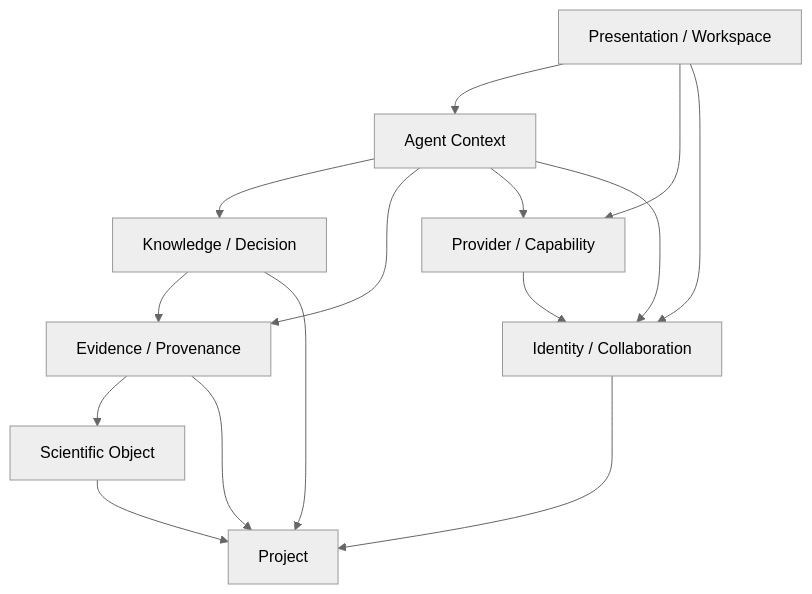
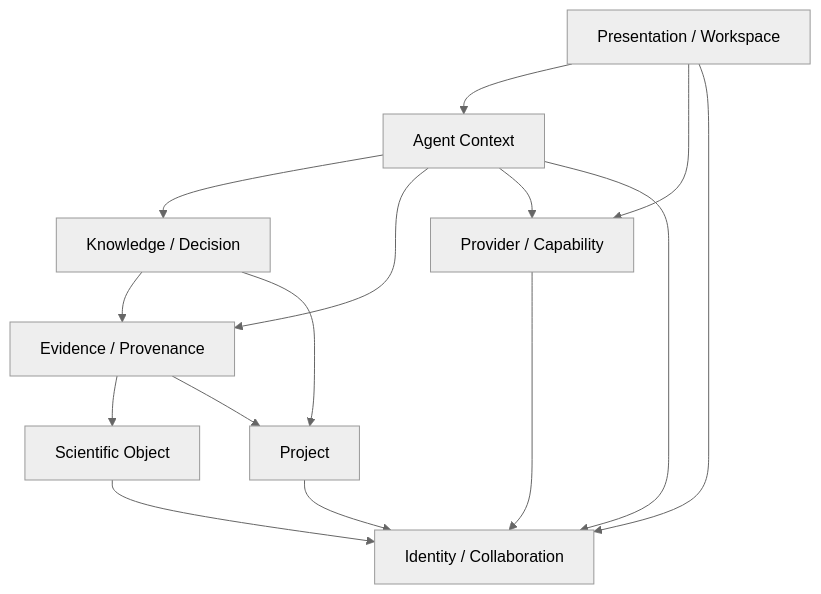
One commit to YaoYinYing/REvoLab changed the diagram in docs/architecture/DOMAIN_BOUNDARIES.md. Above: the diagram before and after it, drawn with Mermaid (neutral theme). The commit also changed other lines of this file and 18 other files, not shown here.

First line of the commit message:
Address architecture review: converge to one canonical answer per design point

````diff
--- a/docs/architecture/DOMAIN_BOUNDARIES.md
+++ b/docs/architecture/DOMAIN_BOUNDARIES.md
@@ -170,29 +176,30 @@
 ```mermaid
 flowchart TB
     PW["Presentation / Workspace"]
     AC["Agent Context"]
     PC["Provider / Capability"]
     IC["Identity / Collaboration"]
     KD["Knowledge / Decision"]
     EP["Evidence / Provenance"]
     SO["Scientific Object"]
     PJ["Project"]
 
     PW --> AC
     PW --> PC
     PW --> IC
 
     AC --> KD
     AC --> EP
     AC --> PC
     AC --> IC
 
     KD --> EP
     KD --> PJ
     EP --> SO
     EP --> PJ
-    SO --> PJ
+    SO --> IC
 
     PC --> IC
-    IC --> PJ
+
+    PJ --> IC
 ```
````
